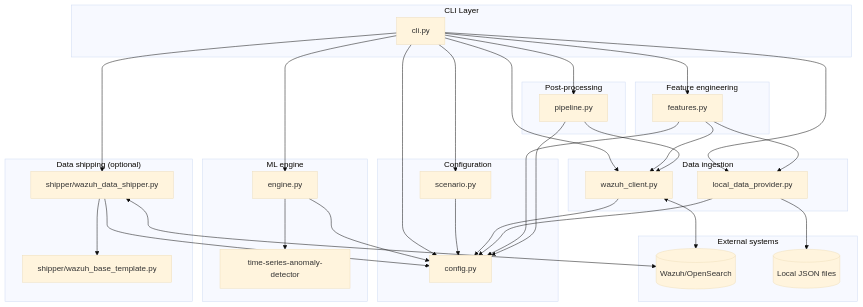
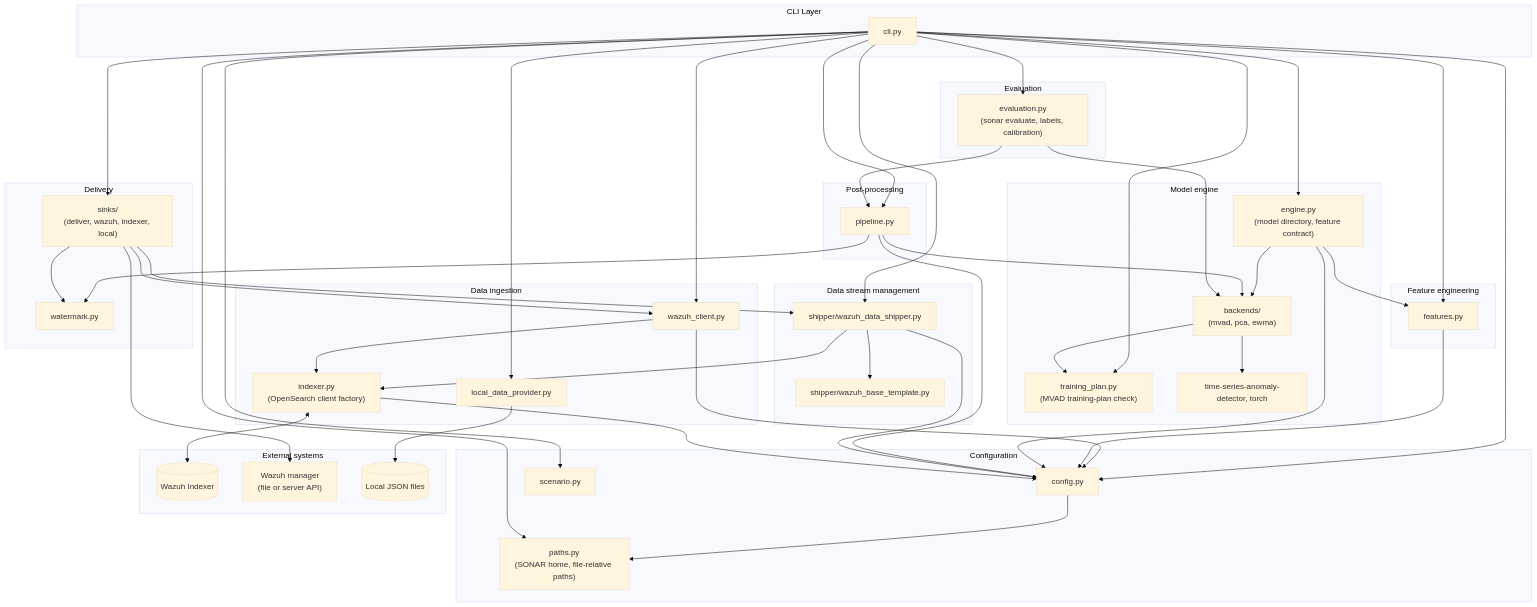
The second of 9 diagrams in docs/manual/sonar_docs/uml-diagrams.md (AbstractionsLab/idps-escape), drawn with Mermaid (base theme) before and after one commit. The commit also changed other lines of this file and 682 other files, not shown here.

````diff
--- a/docs/manual/sonar_docs/uml-diagrams.md
+++ b/docs/manual/sonar_docs/uml-diagrams.md
@@ -207,33 +390,47 @@
     subgraph Config["Configuration"]
         config[config.py]
         scenario[scenario.py]
+        paths["paths.py<br/>(SONAR home, file-relative paths)"]
     end
 
     subgraph DataIngestion["Data ingestion"]
         wazuh_client[wazuh_client.py]
         local_provider[local_data_provider.py]
+        indexer["indexer.py<br/>(OpenSearch client factory)"]
     end
 
     subgraph FeatureEngineering["Feature engineering"]
         features[features.py]
     end
 
-    subgraph MLEngine["ML engine"]
-        engine[engine.py]
-        mvad_lib["time-series-anomaly-detector"]
+    subgraph MLEngine["Model engine"]
+        engine["engine.py<br/>(model directory, feature contract)"]
+        backends["backends/<br/>(mvad, pca, ewma)"]
+        training_plan["training_plan.py<br/>(MVAD training-plan check)"]
+        mvad_lib["time-series-anomaly-detector, torch"]
     end
 
     subgraph PostProcessing["Post-processing"]
         pipeline[pipeline.py]
     end
 
-    subgraph Shipping["Data shipping (optional)"]
+    subgraph Evaluation["Evaluation"]
+        evaluation["evaluation.py<br/>(sonar evaluate, labels, calibration)"]
+    end
+
+    subgraph Delivery["Delivery"]
+        sinks["sinks/<br/>(deliver, wazuh, indexer, local)"]
+        watermark[watermark.py]
+    end
+
+    subgraph Shipping["Data stream management"]
         shipper[shipper/wazuh_data_shipper.py]
         templates[shipper/wazuh_base_template.py]
     end
 
     subgraph External["External systems"]
-        wazuh[(Wazuh/OpenSearch)]
+        wazuh[(Wazuh Indexer)]
+        manager["Wazuh manager<br/>(file or server API)"]
         test_data[(Local JSON files)]
     end
 
@@ -245,25 +442,38 @@
     cli --> features
     cli --> engine
     cli --> pipeline
+    cli --> evaluation
+    cli --> training_plan
 
-    scenario --> config
+    config --> paths
+    cli --> paths
     wazuh_client --> config
-    local_provider --> config
     features --> config
     engine --> config
+    engine --> features
     pipeline --> config
+    pipeline --> watermark
 
-    engine --> mvad_lib
+    engine --> backends
+    backends --> mvad_lib
+    backends --> training_plan
+    pipeline --> backends
+    evaluation --> pipeline
+    evaluation --> backends
 
+    cli --> sinks
     cli --> shipper
+    sinks --> watermark
+    sinks --> shipper
+    sinks --> wazuh_client
+    sinks --> manager
     shipper --> config
     shipper --> templates
-    shipper <--> wazuh
+    shipper --> indexer
 
-    wazuh_client <--> wazuh
+    wazuh_client --> indexer
+    indexer --> config
+    indexer <--> wazuh
     local_provider --> test_data
 
-    features --> wazuh_client
-    features --> local_provider
-    pipeline --> wazuh_client
 ```
````
